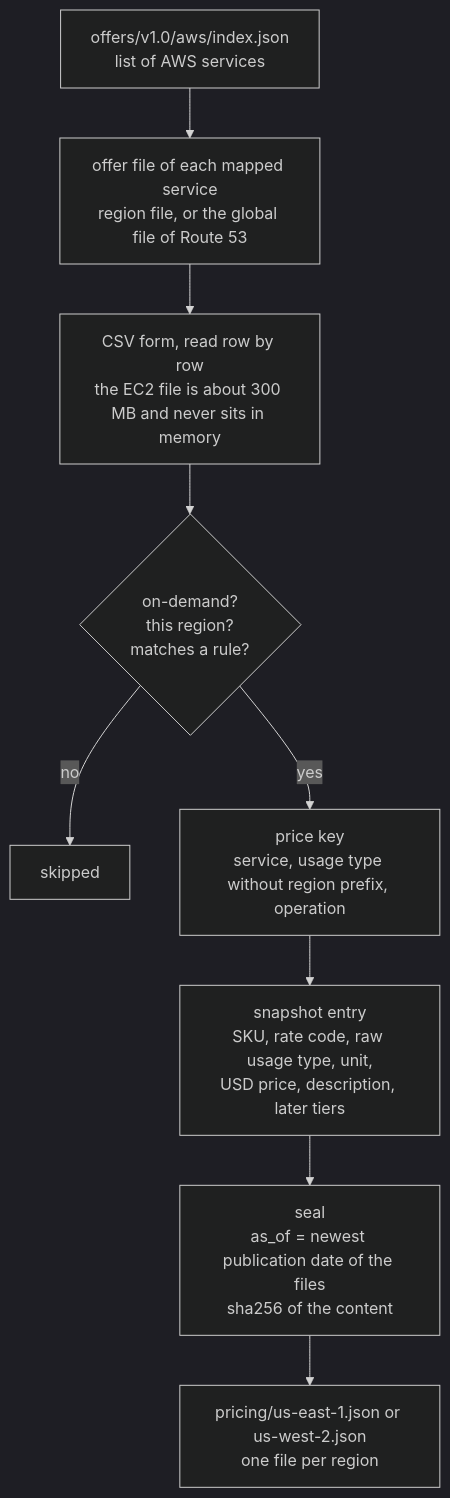
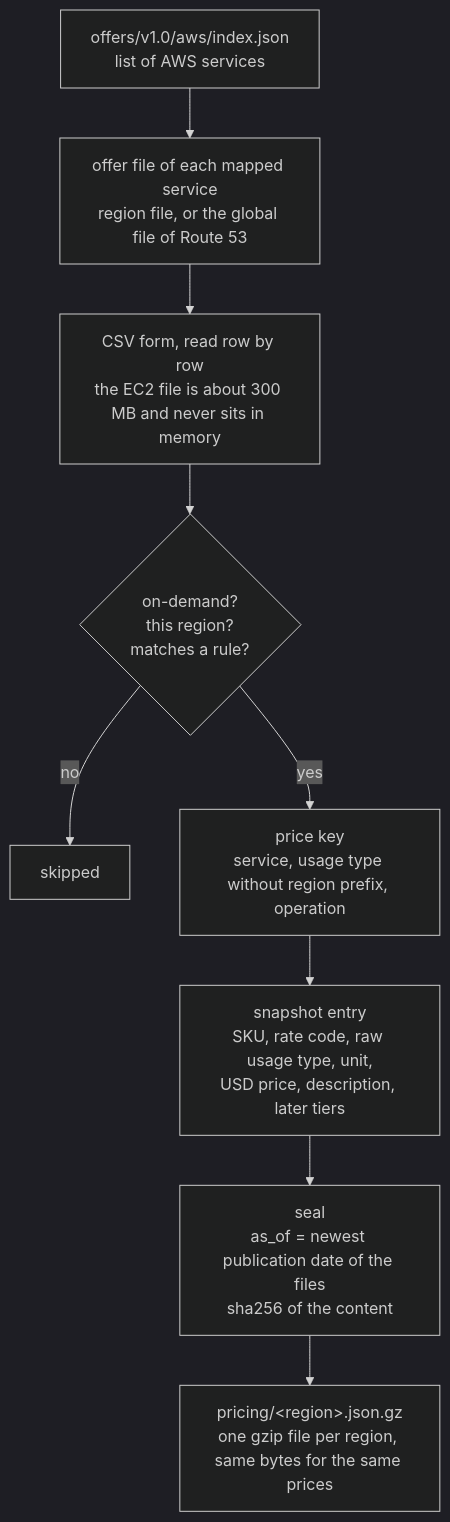
Before and after one commit to leosavio/costgate: the second of 5 diagrams in docs/how-it-works.md, drawn with Mermaid (dark theme). The commit also changed other lines of this file and 104 other files, not shown here.

````diff
--- a/docs/how-it-works.md
+++ b/docs/how-it-works.md
@@ -52,11 +52,11 @@
 ```mermaid
 flowchart TD
   idx["offers/v1.0/aws/index.json<br/>list of AWS services"] --> files["offer file of each mapped service<br/>region file, or the global file of Route 53"]
   files --> csv["CSV form, read row by row<br/>the EC2 file is about 300 MB and never sits in memory"]
   csv --> keep{"on-demand?<br/>this region?<br/>matches a rule?"}
   keep -- no --> skip["skipped"]
   keep -- yes --> key["price key<br/>service, usage type without region prefix, operation"]
   key --> entry["snapshot entry<br/>SKU, rate code, raw usage type, unit,<br/>USD price, description, later tiers"]
   entry --> seal["seal<br/>as_of = newest publication date of the files<br/>sha256 of the content"]
-  seal --> out["pricing/us-east-1.json or us-west-2.json<br/>one file per region"]
+  seal --> out["pricing/&lt;region&gt;.json.gz<br/>one gzip file per region, same bytes for the same prices"]
 ```
````
